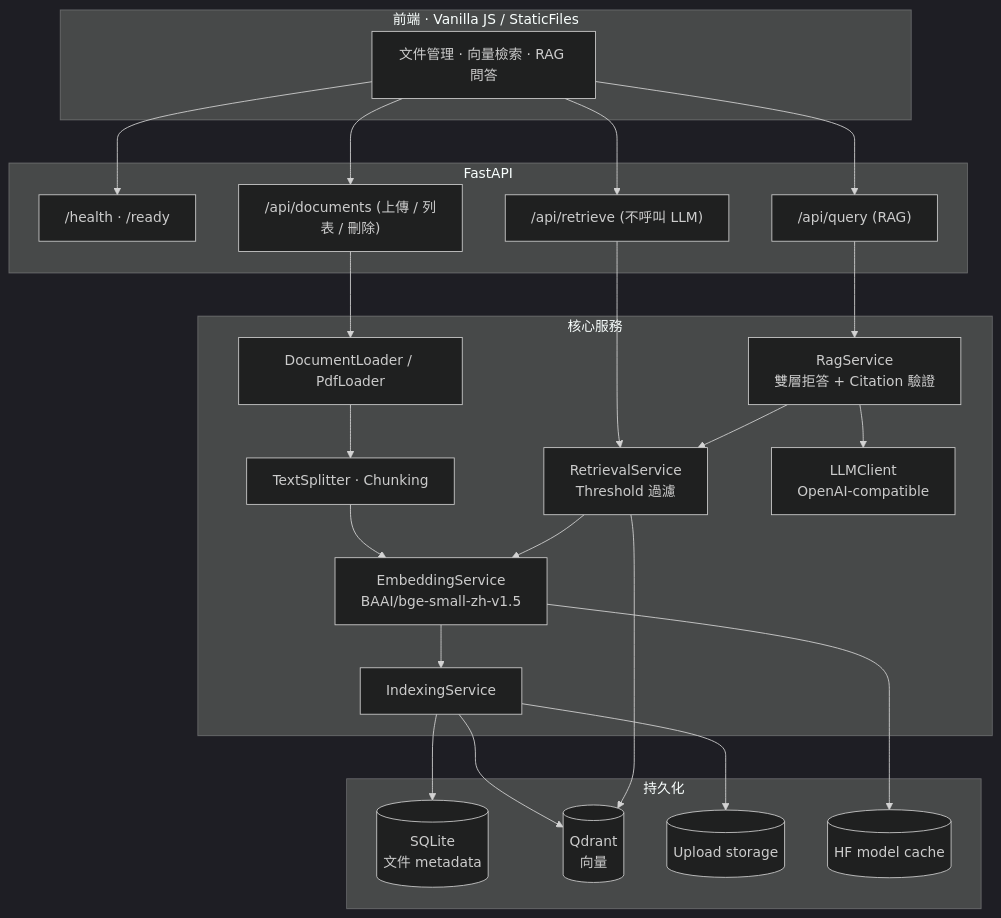
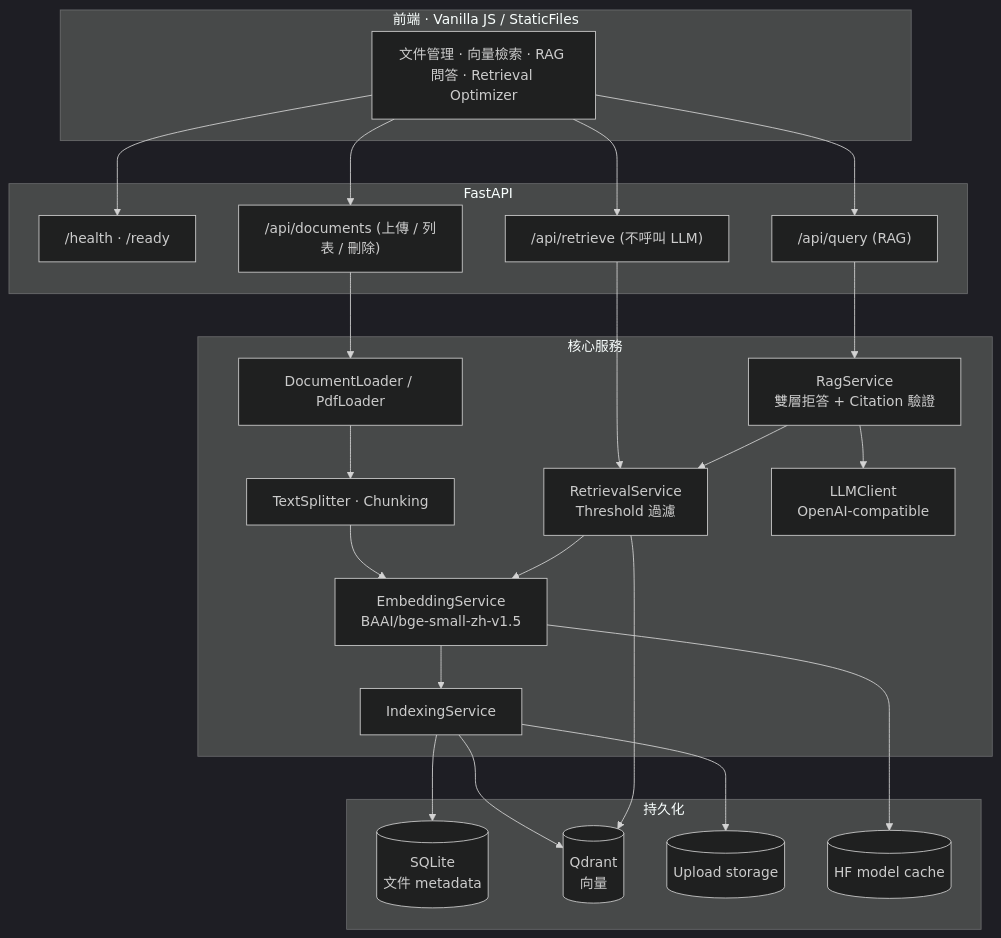
One commit to lcmami/rag-knowledge-assistant changed the second of 2 diagrams in README.md. Above: the diagram before and after it, drawn with Mermaid (dark theme). The commit also changed other lines of this file, not shown here.

````diff
--- a/README.md
+++ b/README.md
@@ -193,38 +197,38 @@
 ```mermaid
 flowchart TD
     subgraph Client[前端 · Vanilla JS / StaticFiles]
-        UI[文件管理 · 向量檢索 · RAG 問答]
+        UI[文件管理 · 向量檢索 · RAG 問答 · Retrieval Optimizer]
     end
 
     subgraph API[FastAPI]
         H["/health · /ready"]
         D["/api/documents (上傳 / 列表 / 刪除)"]
         R["/api/retrieve (不呼叫 LLM)"]
         Q["/api/query (RAG)"]
     end
 
     subgraph Core[核心服務]
         LOAD[DocumentLoader / PdfLoader]
         SPLIT[TextSplitter · Chunking]
         EMB[EmbeddingService<br/>BAAI/bge-small-zh-v1.5]
         IDX[IndexingService]
         RET[RetrievalService<br/>Threshold 過濾]
         RAG[RagService<br/>雙層拒答 + Citation 驗證]
         LLM[LLMClient<br/>OpenAI-compatible]
     end
 
     subgraph Store[持久化]
         SQLITE[(SQLite<br/>文件 metadata)]
         QDRANT[(Qdrant<br/>向量)]
         FILES[(Upload storage)]
         HF[(HF model cache)]
     end
 
     UI --> H & D & R & Q
     D --> LOAD --> SPLIT --> EMB --> IDX
     IDX --> SQLITE & QDRANT & FILES
     R --> RET --> EMB & QDRANT
     Q --> RAG --> RET
     RAG --> LLM
     EMB --> HF
 ```
````
